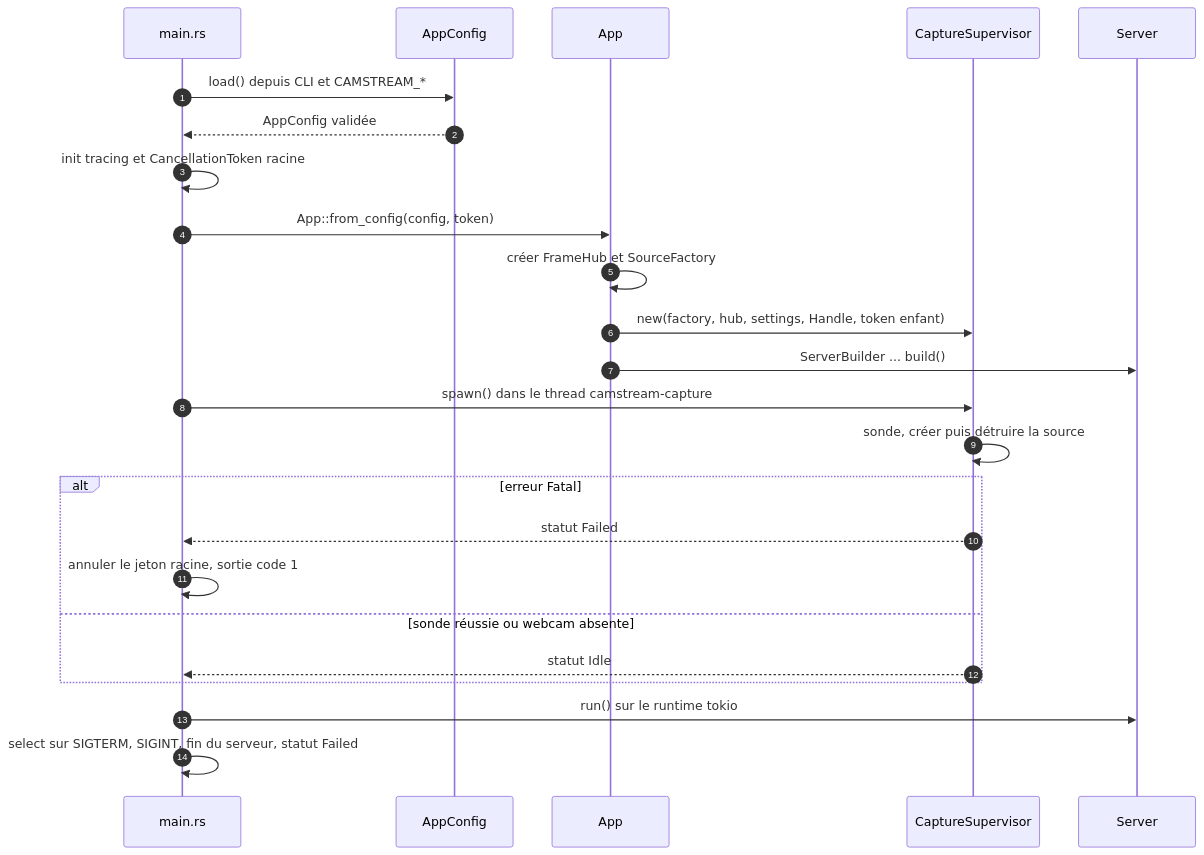
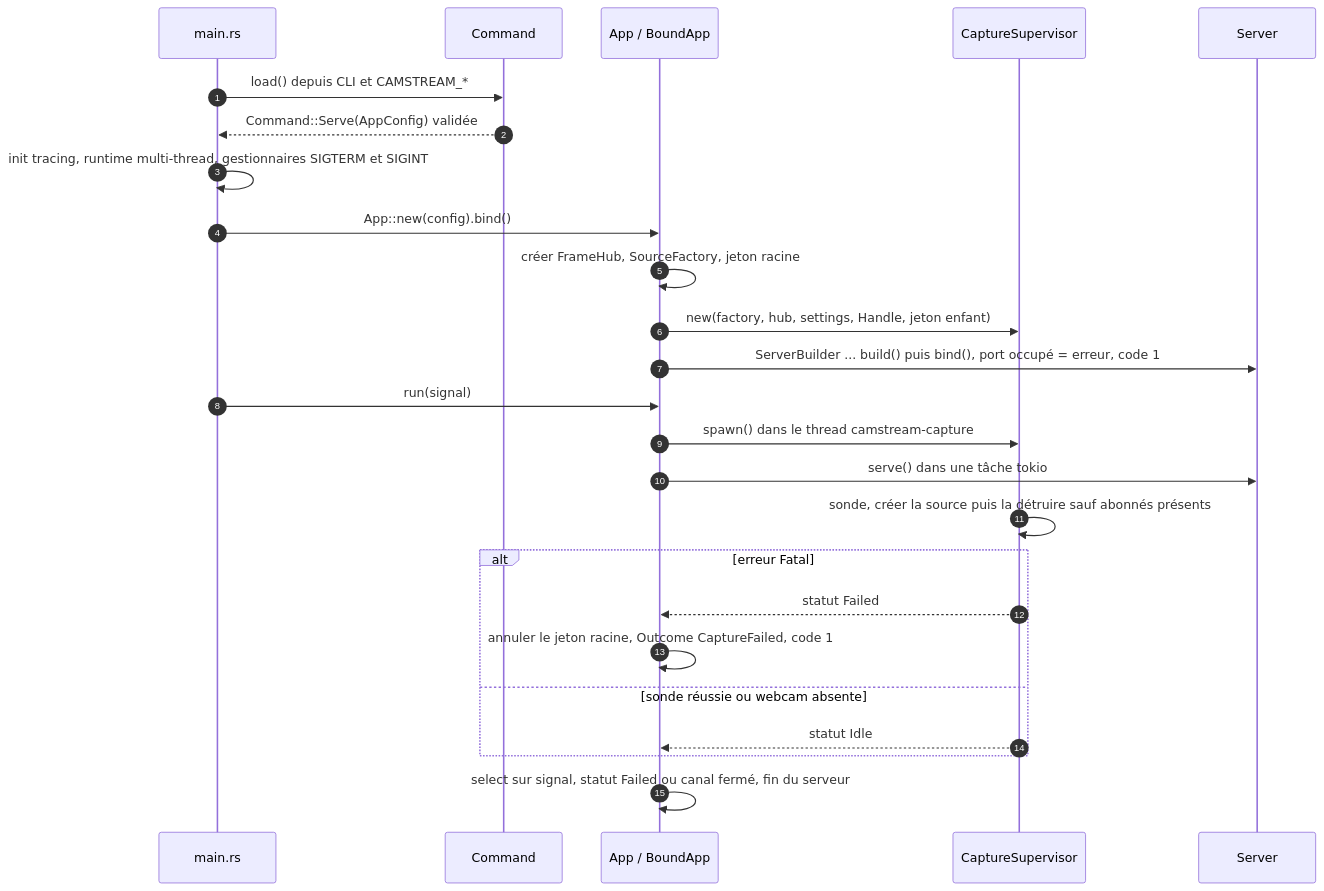
Before and after one commit to jprecigout/camstream: the sixth of 10 diagrams in docs/architecture.md, drawn with Mermaid. The commit also changed other lines of this file and 54 other files, not shown here.

````diff
--- a/docs/architecture.md
+++ b/docs/architecture.md
@@ -1172,26 +1371,27 @@
 ```mermaid
 sequenceDiagram
     autonumber
     participant Main as main.rs
-    participant Cfg as AppConfig
-    participant App as App
+    participant Cfg as Command
+    participant App as App / BoundApp
     participant Sup as CaptureSupervisor
     participant Srv as Server
     Main->>Cfg: load() depuis CLI et CAMSTREAM_*
-    Cfg-->>Main: AppConfig validée
-    Main->>Main: init tracing et CancellationToken racine
-    Main->>App: App::from_config(config, token)
-    App->>App: créer FrameHub et SourceFactory
-    App->>Sup: new(factory, hub, settings, Handle, token enfant)
-    App->>Srv: ServerBuilder ... build()
-    Main->>Sup: spawn() dans le thread camstream-capture
-    Sup->>Sup: sonde, créer puis détruire la source
+    Cfg-->>Main: Command::Serve(AppConfig) validée
+    Main->>Main: init tracing, runtime multi-thread, gestionnaires SIGTERM et SIGINT
+    Main->>App: App::new(config).bind()
+    App->>App: créer FrameHub, SourceFactory, jeton racine
+    App->>Sup: new(factory, hub, settings, Handle, jeton enfant)
+    App->>Srv: ServerBuilder ... build() puis bind(), port occupé = erreur, code 1
+    Main->>App: run(signal)
+    App->>Sup: spawn() dans le thread camstream-capture
+    App->>Srv: serve() dans une tâche tokio
+    Sup->>Sup: sonde, créer la source puis la détruire sauf abonnés présents
     alt erreur Fatal
-        Sup-->>Main: statut Failed
-        Main->>Main: annuler le jeton racine, sortie code 1
+        Sup-->>App: statut Failed
+        App->>App: annuler le jeton racine, Outcome CaptureFailed, code 1
     else sonde réussie ou webcam absente
-        Sup-->>Main: statut Idle
+        Sup-->>App: statut Idle
     end
-    Main->>Srv: run() sur le runtime tokio
-    Main->>Main: select sur SIGTERM, SIGINT, fin du serveur, statut Failed
+    App->>App: select sur signal, statut Failed ou canal fermé, fin du serveur
 ```
````
